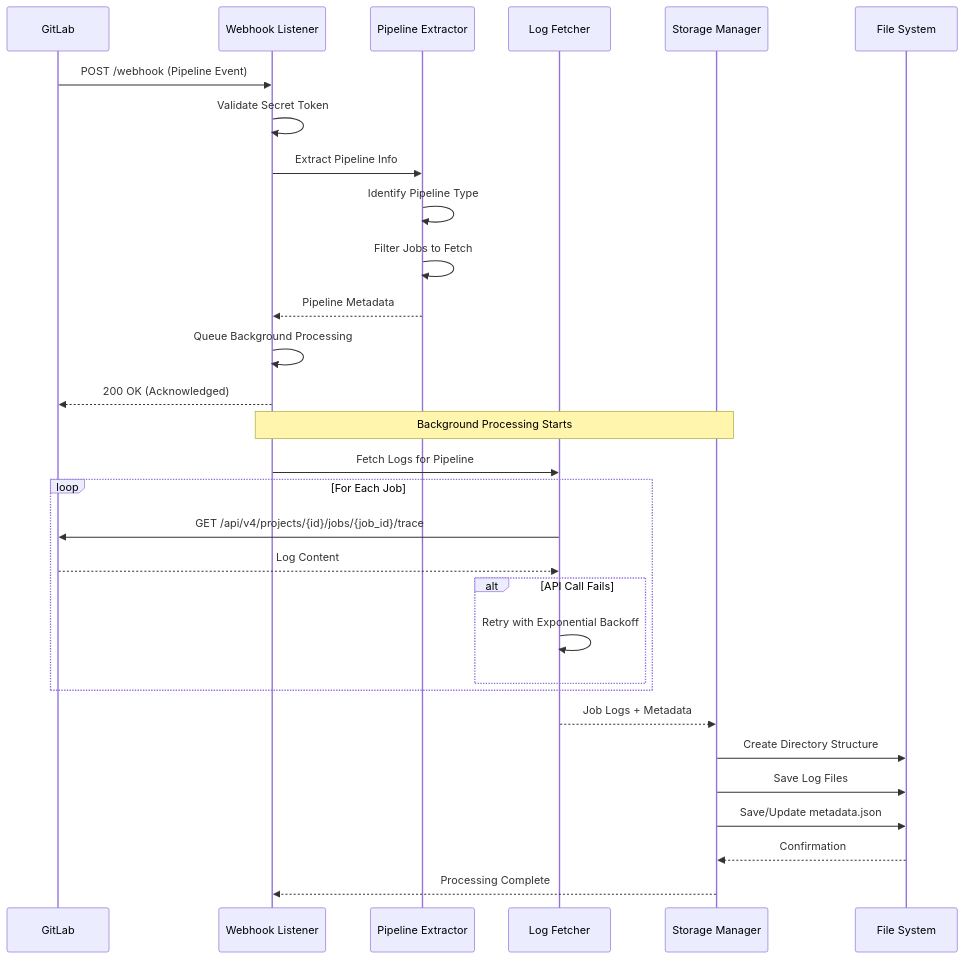
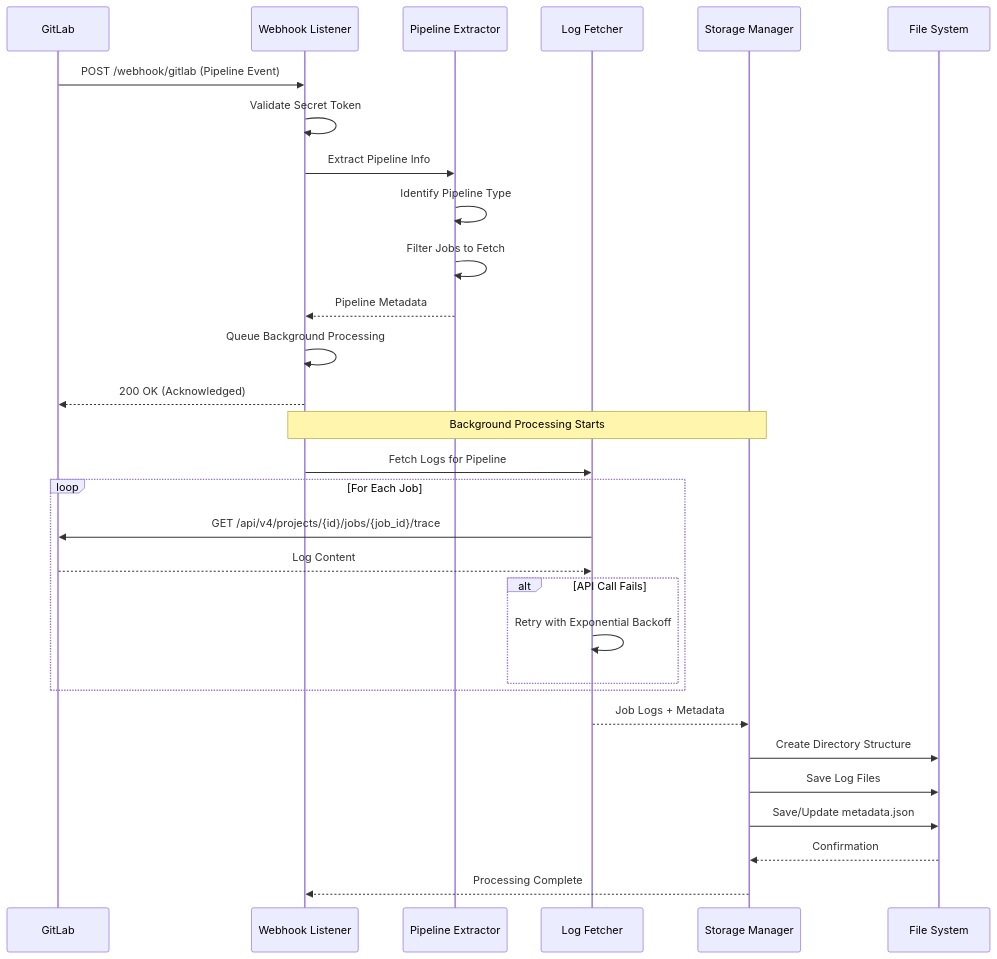
The second of 4 diagrams in README.md (vigneshpalanivelr/extract-build-logs), drawn with Mermaid before and after one commit. The commit also changed other lines of this file and 7 other files, not shown here.

First line of the commit message:
Add GitLab CI/CD pipeline with linters, tests, and coverage

````diff
--- a/README.md
+++ b/README.md
@@ -141,38 +141,38 @@
 ```mermaid
 sequenceDiagram
     participant GitLab
     participant Webhook as Webhook Listener
     participant Extractor as Pipeline Extractor
     participant Fetcher as Log Fetcher
     participant Storage as Storage Manager
     participant FileSystem as File System
 
-    GitLab->>Webhook: POST /webhook (Pipeline Event)
+    GitLab->>Webhook: POST /webhook/gitlab (Pipeline Event)
     Webhook->>Webhook: Validate Secret Token
     Webhook->>Extractor: Extract Pipeline Info
     Extractor->>Extractor: Identify Pipeline Type
     Extractor->>Extractor: Filter Jobs to Fetch
     Extractor-->>Webhook: Pipeline Metadata
 
     Webhook->>Webhook: Queue Background Processing
     Webhook-->>GitLab: 200 OK (Acknowledged)
 
     Note over Webhook,Storage: Background Processing Starts
 
     Webhook->>Fetcher: Fetch Logs for Pipeline
     loop For Each Job
         Fetcher->>GitLab: GET /api/v4/projects/{id}/jobs/{job_id}/trace
         GitLab-->>Fetcher: Log Content
         alt API Call Fails
             Fetcher->>Fetcher: Retry with Exponential Backoff
         end
     end
 
     Fetcher-->>Storage: Job Logs + Metadata
 
     Storage->>FileSystem: Create Directory Structure
     Storage->>FileSystem: Save Log Files
     Storage->>FileSystem: Save/Update metadata.json
     FileSystem-->>Storage: Confirmation
     Storage-->>Webhook: Processing Complete
 ```
````
